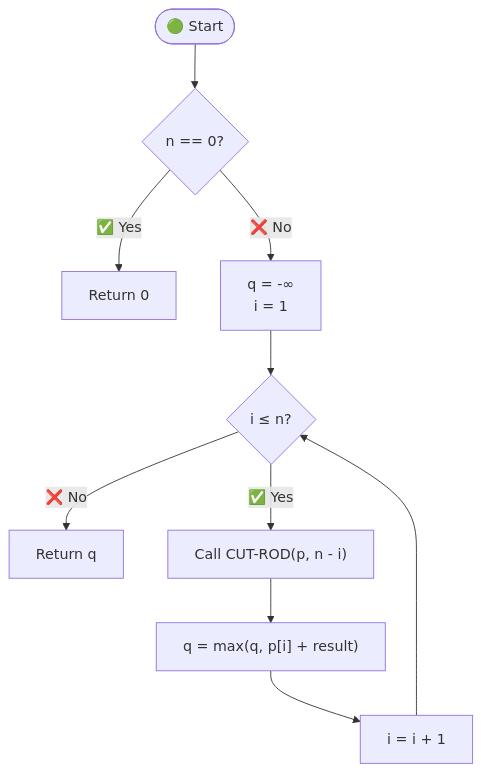
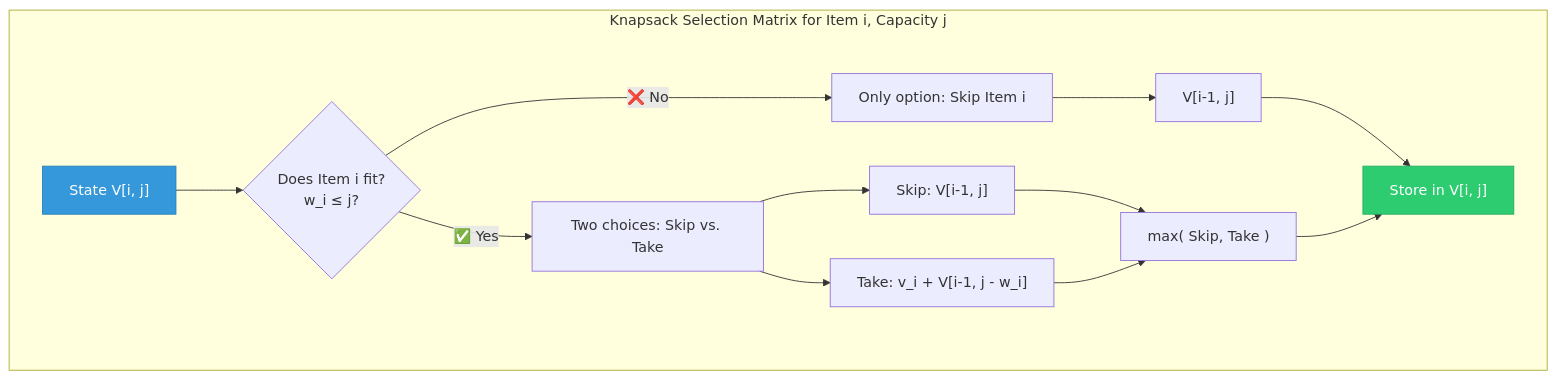
One commit to M-F-Tushar/CSE-2201-2202-Algorithm-Design-and-Analysis-Sessional changed the sixth of 10 diagrams in Chapter 8 - Dynamic Programming/README.md. Above: the diagram before and after it, drawn with Mermaid. The commit also changed other lines of this file, not shown here.

Commit message:
fix mermaind diagram

````diff
--- a/Chapter 8 - Dynamic Programming/README.md
+++ b/Chapter 8 - Dynamic Programming/README.md
@@ -132,12 +532,21 @@
 ```mermaid
-flowchart TD
-    START([🟢 Start]) --> CHECK{"n == 0?"}
-    CHECK -->|✅ Yes| RET0["Return 0"]
-    CHECK -->|❌ No| INIT["q = -∞<br/>i = 1"]
-    INIT --> LOOP{"i ≤ n?"}
-    LOOP -->|❌ No| RETQ["Return q"]
-    LOOP -->|✅ Yes| CALC["Call CUT-ROD(p, n - i)"]
-    CALC --> UPDATE["q = max(q, p[i] + result)"]
-    UPDATE --> INC["i = i + 1"]
-    INC --> LOOP
+graph TD
+    subgraph "Knapsack Selection Matrix for Item i, Capacity j"
+        State["State V[i, j]"] --> Check{"Does Item i fit?<br/>w_i ≤ j?"}
+        Check -->|❌ No| SkipOnly["Only option: Skip Item i"]
+        Check -->|✅ Yes| Choices["Two choices: Skip vs. Take"]
+        
+        SkipOnly --> Lookup1["V[i-1, j]"]
+        
+        Choices --> ChoiceSkip["Skip: V[i-1, j]"]
+        Choices --> ChoiceTake["Take: v_i + V[i-1, j - w_i]"]
+        
+        Lookup1 --> Store["Store in V[i, j]"]
+        ChoiceSkip --> MaxVal["max( Skip, Take )"]
+        ChoiceTake --> MaxVal
+        MaxVal --> Store
+        
+        style State fill:#3498db,stroke:#2980b9,color:#fff
+        style Store fill:#2ecc71,stroke:#27ae60,color:#fff
+    end
 ```
````
